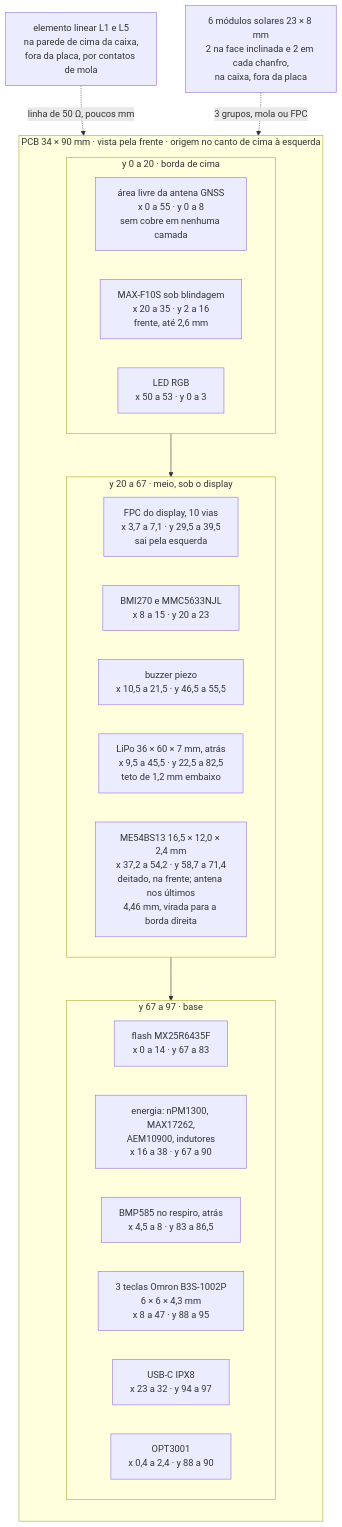
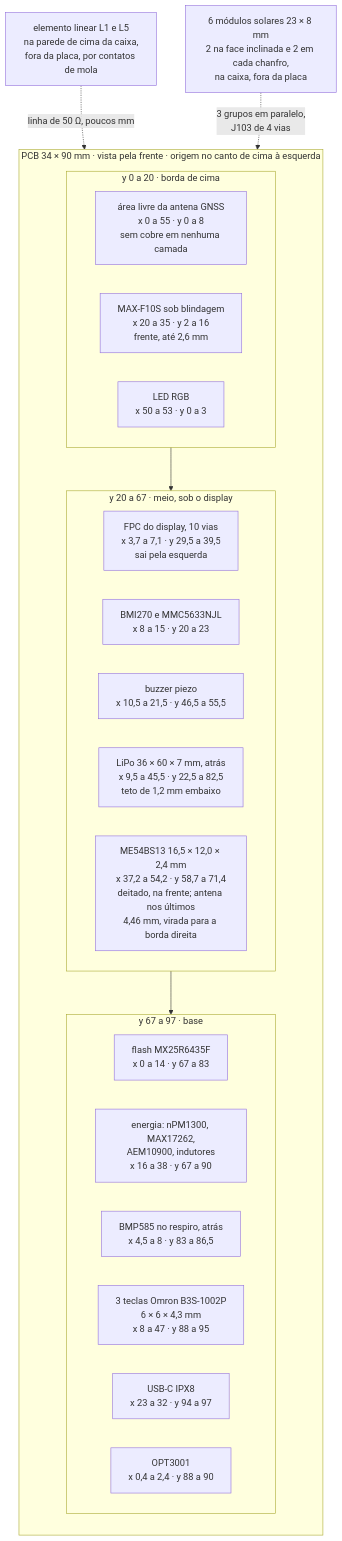
Before and after one commit to Guiimartinho/gnss-bike-computer: the third of 4 diagrams in hardware_gnssbike/04-pcb-e-caixa.md, drawn with Mermaid. The commit also changed other lines of this file, not shown here.

````diff
--- a/hardware_gnssbike/04-pcb-e-caixa.md
+++ b/hardware_gnssbike/04-pcb-e-caixa.md
@@ -384,32 +470,32 @@
 ```mermaid
 flowchart TB
     subgraph PCB["PCB 34 × 90 mm · vista pela frente · origem no canto de cima à esquerda"]
         direction TB
         subgraph Y1["y 0 a 20 · borda de cima"]
             direction LR
             A1["área livre da antena GNSS<br/>x 0 a 55 · y 0 a 8<br/>sem cobre em nenhuma camada"]
             A2["MAX-F10S sob blindagem<br/>x 20 a 35 · y 2 a 16<br/>frente, até 2,6 mm"]
             A3["LED RGB<br/>x 50 a 53 · y 0 a 3"]
         end
         subgraph Y2["y 20 a 67 · meio, sob o display"]
             direction LR
             B1["FPC do display, 10 vias<br/>x 3,7 a 7,1 · y 29,5 a 39,5<br/>sai pela esquerda"]
             B2["BMI270 e MMC5633NJL<br/>x 8 a 15 · y 20 a 23"]
             B3["buzzer piezo<br/>x 10,5 a 21,5 · y 46,5 a 55,5"]
             B4["LiPo 36 × 60 × 7 mm, atrás<br/>x 9,5 a 45,5 · y 22,5 a 82,5<br/>teto de 1,2 mm embaixo"]
             B5["ME54BS13 16,5 × 12,0 × 2,4 mm<br/>x 37,2 a 54,2 · y 58,7 a 71,4<br/>deitado, na frente; antena nos últimos<br/>4,46 mm, virada para a borda direita"]
         end
         subgraph Y3["y 67 a 97 · base"]
             direction LR
             C1["flash MX25R6435F<br/>x 0 a 14 · y 67 a 83"]
             C2["energia: nPM1300, MAX17262,<br/>AEM10900, indutores<br/>x 16 a 38 · y 67 a 90"]
             C4["BMP585 no respiro, atrás<br/>x 4,5 a 8 · y 83 a 86,5"]
             C5["3 teclas Omron B3S-1002P<br/>6 × 6 × 4,3 mm<br/>x 8 a 47 · y 88 a 95"]
             C6["USB-C IPX8<br/>x 23 a 32 · y 94 a 97"]
             C7["OPT3001<br/>x 0,4 a 2,4 · y 88 a 90"]
         end
     end
     ANT["elemento linear L1 e L5<br/>na parede de cima da caixa,<br/>fora da placa, por contatos de mola"] -.->|"linha de 50 Ω, poucos mm"| A2
     Y1 --> Y2 --> Y3
-    PV["6 módulos solares 23 × 8 mm<br/>2 na face inclinada e 2 em cada chanfro,<br/>na caixa, fora da placa"] -.->|"3 grupos, mola ou FPC"| C2
+    PV["6 módulos solares 23 × 8 mm<br/>2 na face inclinada e 2 em cada chanfro,<br/>na caixa, fora da placa"] -.->|"3 grupos em paralelo,<br/>J103 de 4 vias"| C2
 ```
````
